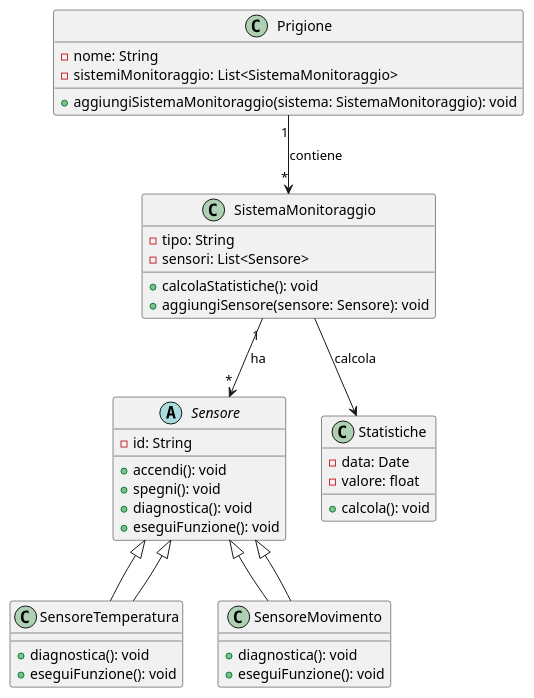
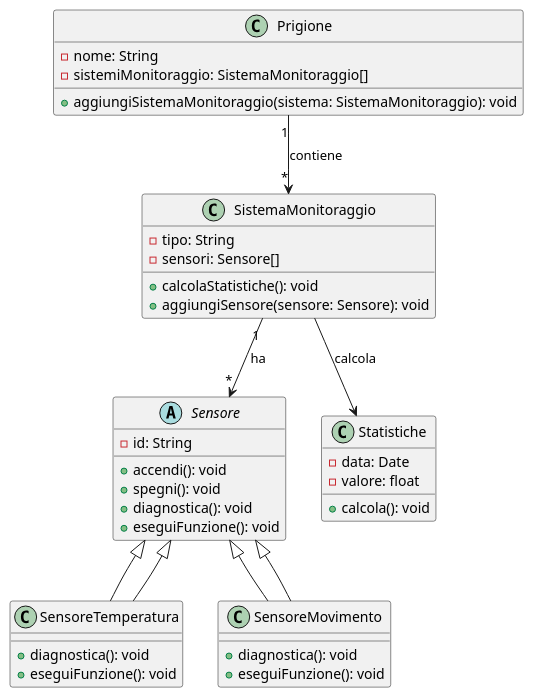
Before and after one commit to depalo1107/4BI_tpsi_DePaloClaudio: the diagram in sistema monitoraggio prigione.puml, drawn with PlantUML.

Commit message:
Update sistema monitoraggio prigione.puml

```diff
--- a/sistema monitoraggio prigione.puml
+++ b/sistema monitoraggio prigione.puml
@@ -1,45 +1,45 @@
 @startuml
 class Prigione {
     - nome: String
-    - sistemiMonitoraggio: List<SistemaMonitoraggio>
+    - sistemiMonitoraggio: SistemaMonitoraggio[]
     + aggiungiSistemaMonitoraggio(sistema: SistemaMonitoraggio): void
 }
 
 class SistemaMonitoraggio {
     - tipo: String
-    - sensori: List<Sensore>
+    - sensori: Sensore[]
     + calcolaStatistiche(): void
     + aggiungiSensore(sensore: Sensore): void
 }
 
 abstract class Sensore {
     - id: String
     + accendi(): void
     + spegni(): void
     + diagnostica(): void
     + eseguiFunzione(): void
 }
 
 class SensoreTemperatura extends Sensore {
     + diagnostica(): void
     + eseguiFunzione(): void
 }
 
 class SensoreMovimento extends Sensore {
     + diagnostica(): void
     + eseguiFunzione(): void
 }
 
 class Statistiche {
     - data: Date
     - valore: float
     + calcola(): void
 }
 
 Prigione "1" --> "*" SistemaMonitoraggio : contiene
 SistemaMonitoraggio "1" --> "*" Sensore : ha
 Sensore <|-- SensoreTemperatura
 Sensore <|-- SensoreMovimento
 SistemaMonitoraggio --> Statistiche : calcola
 
 @enduml
```
